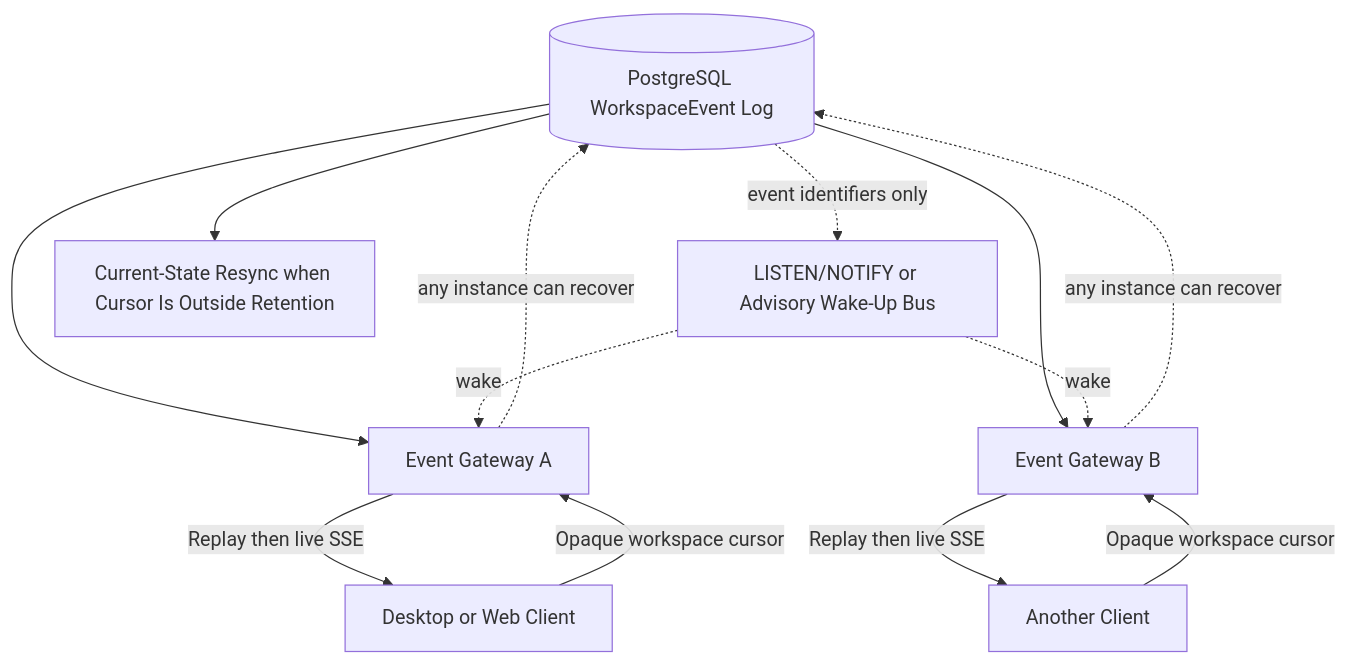
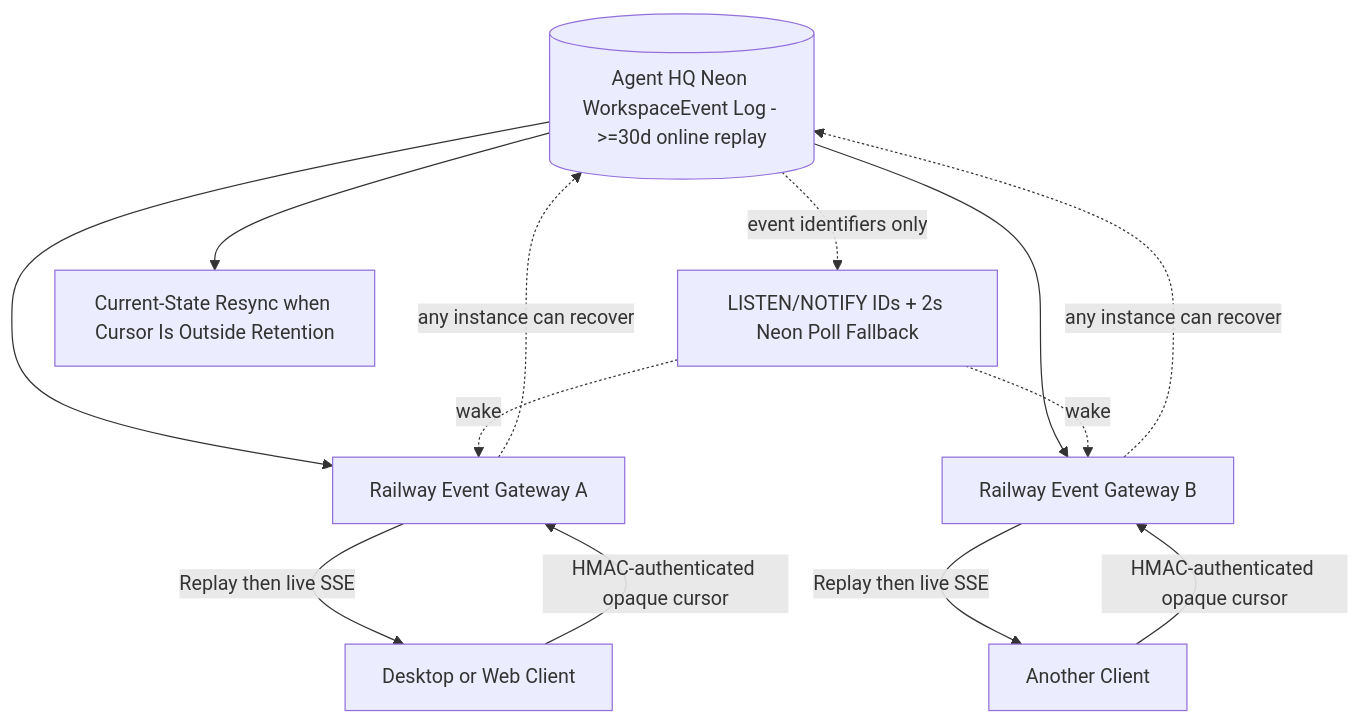
Before and after one commit to adea-ai/adea: diagram 18 of 18 in docs/architecture/diagram-sources.md, drawn with Mermaid. The commit also changed other lines of this file, not shown here.

Commit message:
docs: reconcile Agent HQ architecture diagrams with canonical source

````diff
--- a/docs/architecture/diagram-sources.md
+++ b/docs/architecture/diagram-sources.md
@@ -513,21 +600,21 @@
 ```mermaid
 flowchart TB
-    DB[(PostgreSQL WorkspaceEvent Log)]
-    W[LISTEN/NOTIFY or Advisory Wake-Up Bus]
-    G1[Event Gateway A]
-    G2[Event Gateway B]
+    DB[(Agent HQ Neon WorkspaceEvent Log - >=30d online replay)]
+    W[LISTEN/NOTIFY IDs + 2s Neon Poll Fallback]
+    G1[Railway Event Gateway A]
+    G2[Railway Event Gateway B]
     C1[Desktop or Web Client]
     C2[Another Client]
     DB --> G1
     DB --> G2
     DB -. event identifiers only .-> W
     W -. wake .-> G1
     W -. wake .-> G2
-    C1 -->|Opaque workspace cursor| G1
-    C2 -->|Opaque workspace cursor| G2
+    C1 -->|HMAC-authenticated opaque cursor| G1
+    C2 -->|HMAC-authenticated opaque cursor| G2
     G1 -->|Replay then live SSE| C1
     G2 -->|Replay then live SSE| C2
     G1 -. any instance can recover .-> DB
     G2 -. any instance can recover .-> DB
     DB --> R[Current-State Resync when Cursor Is Outside Retention]
 ```
````
